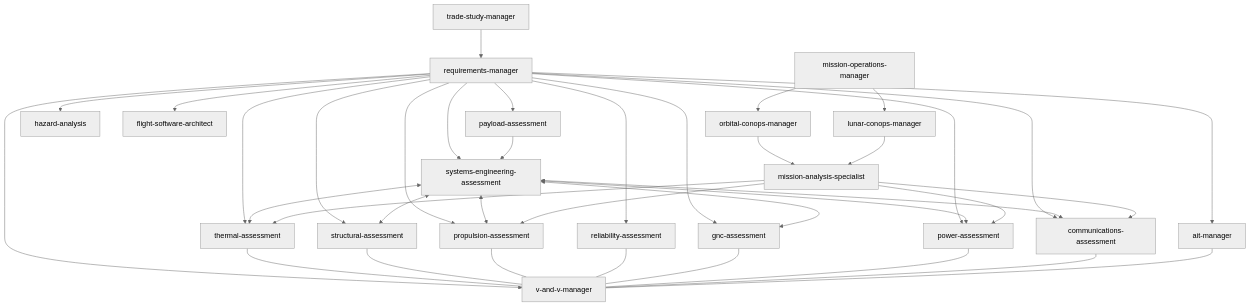
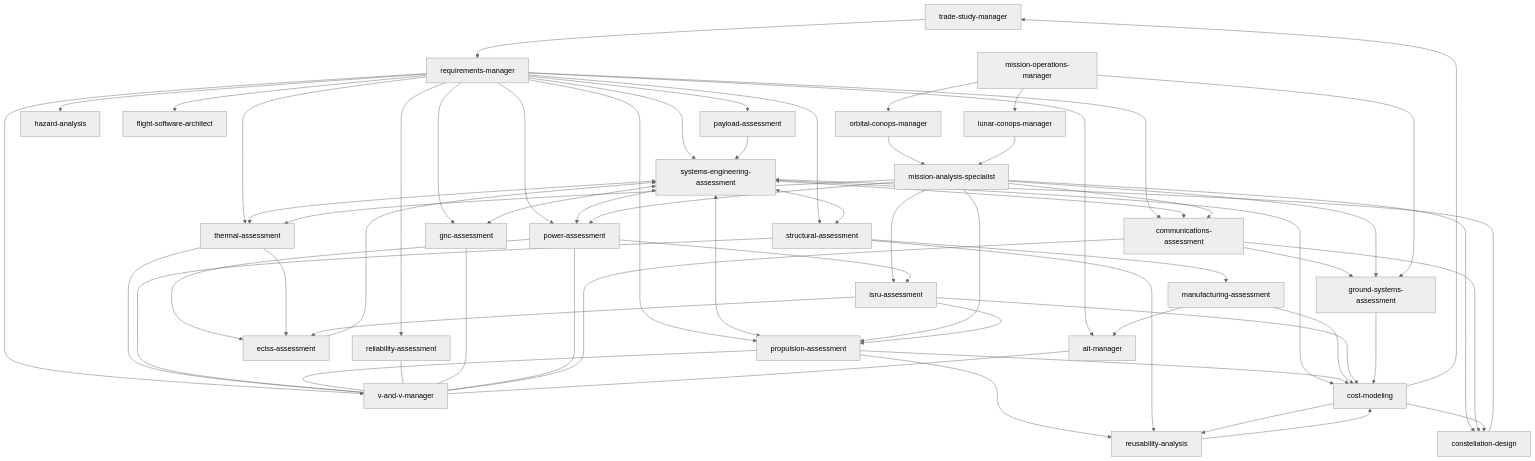
The diagram in README.md (LunCoSim/space-engineering-skills), drawn with Mermaid (neutral theme) before and after one commit. The commit also changed other lines of this file and 9 other files, not shown here.

Commit message:
feat: Introduce new skills for ISRU, constellation design, cost modeling, ground systems, reusability, ECLSS, and manufacturing, updating agent definitions and README documentation.

````diff
--- a/README.md
+++ b/README.md
@@ -36,44 +36,77 @@
 ```mermaid
 graph TD
     TS[trade-study-manager] --> RM[requirements-manager]
     RM --> SE[systems-engineering-assessment]
     RM --> VV[v-and-v-manager]
     RM --> PL[payload-assessment]
     RM --> TA[thermal-assessment]
     RM --> SA[structural-assessment]
     RM --> PA[propulsion-assessment]
     RM --> RA[reliability-assessment]
     RM --> HA[hazard-analysis]
     RM --> GNC[gnc-assessment]
     RM --> EPS[power-assessment]
     RM --> COM[communications-assessment]
     RM --> FSW[flight-software-architect]
     RM --> AIT[ait-manager]
 
     PL --> SE
     SE <--> TA
     SE <--> SA
     SE <--> PA
     SE <--> GNC
     SE <--> EPS
     SE <--> COM
 
     MAS[mission-analysis-specialist] --> PA
     MAS --> EPS
     MAS --> TA
     MAS --> COM
 
     TA --- VV
     SA --- VV
     PA --- VV
     RA --- VV
     GNC --- VV
     EPS --- VV
     COM --- VV
     AIT --- VV
 
     OC[orbital-conops-manager] --> MAS
     LC[lunar-conops-manager] --> MAS
     MOM[mission-operations-manager] --> OC
     MOM --> LC
+
+    SE --> CM[cost-modeling]
+    PA --> CM
+    CM --> TS
+
+    SA --> MFG[manufacturing-assessment]
+    MFG --> CM
+    MFG --> AIT
+
+    PA --> REUSE[reusability-analysis]
+    SA --> REUSE
+    CM --> REUSE
+    REUSE --> CM
+
+    EPS --> ECLSS[eclss-assessment]
+    TA --> ECLSS
+    ECLSS --> SE
+
+    MAS --> ISRU[isru-assessment]
+    EPS --> ISRU
+    ISRU --> PA
+    ISRU --> ECLSS
+    ISRU --> CM
+
+    MAS --> CD[constellation-design]
+    COM --> CD
+    CM --> CD
+    CD --> SE
+
+    COM --> GS[ground-systems-assessment]
+    MAS --> GS
+    MOM --> GS
+    GS --> CM
 ```
````
